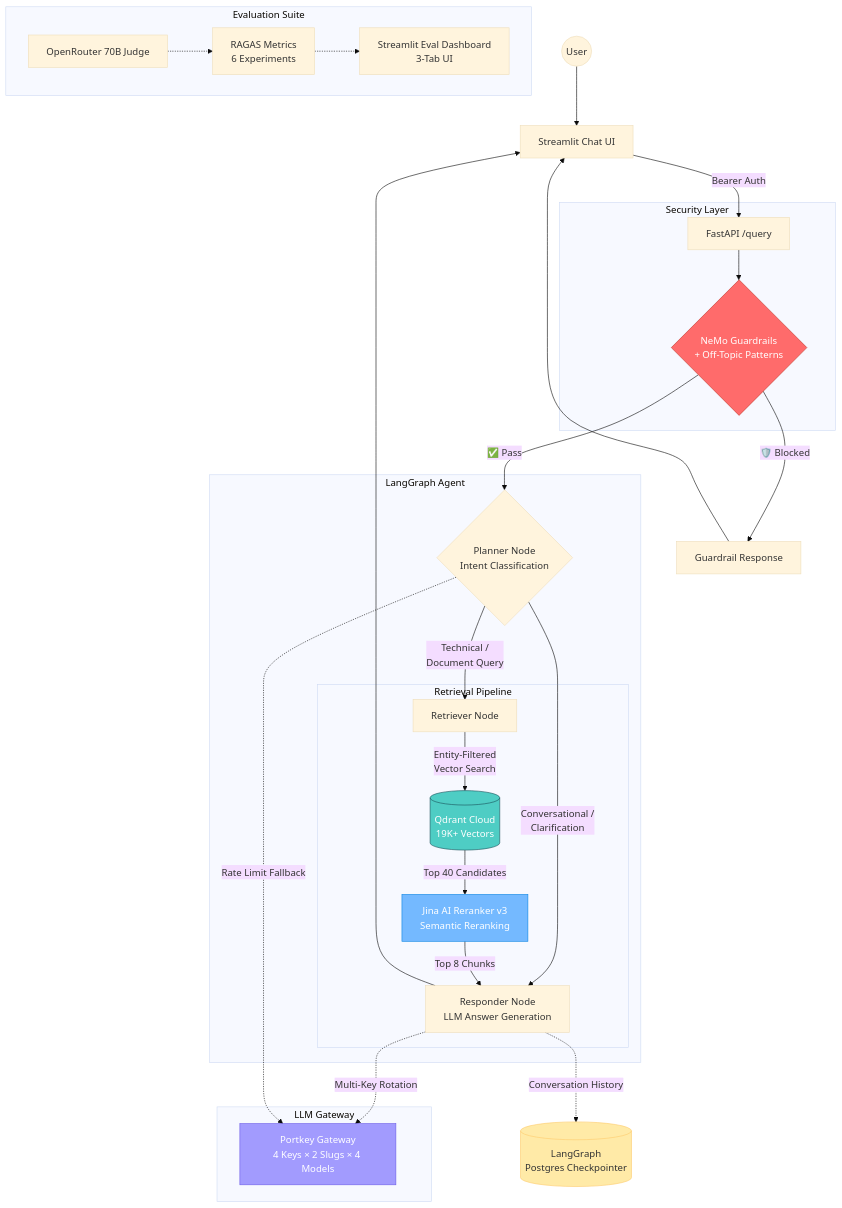
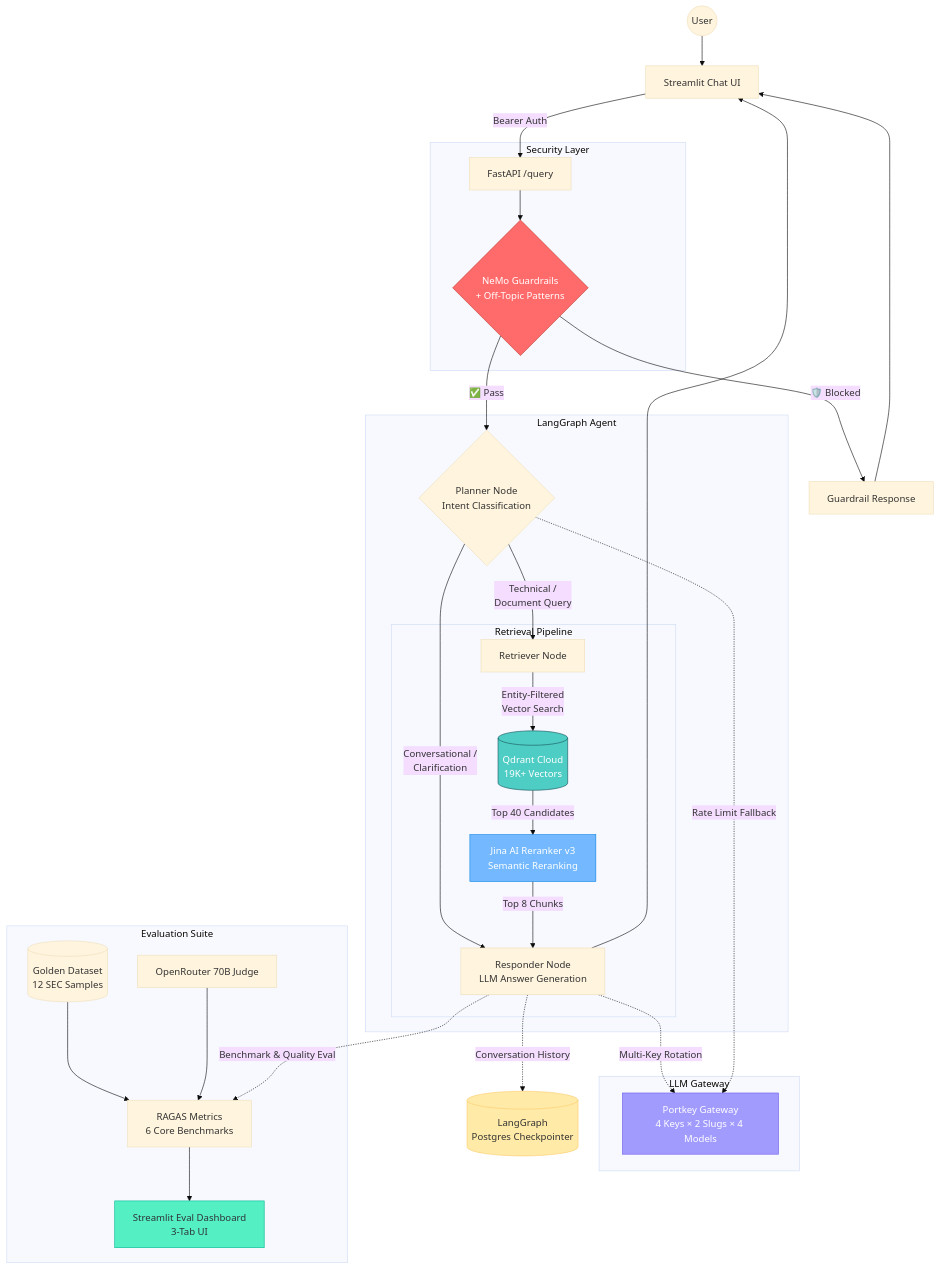
The diagram in README.md (AnupamPatil899/Legal-RAG), drawn with Mermaid (base theme) before and after one commit. The commit also changed other lines of this file, not shown here.

Commit message:
GCP secrets updated

````diff
--- a/README.md
+++ b/README.md
@@ -31,47 +31,51 @@
 ```mermaid
 graph TD
     User((User)) --> UI[Streamlit Chat UI]
     UI -->|Bearer Auth| API[FastAPI /query]
 
     subgraph Security Layer
         API --> Guard{NeMo Guardrails<br/>+ Off-Topic Patterns}
     end
 
     Guard -->|"🛡️ Blocked"| BlockResp[Guardrail Response]
     BlockResp --> UI
 
     Guard -->|"✅ Pass"| Planner
 
     subgraph LangGraph Agent
         Planner{Planner Node<br/>Intent Classification}
         Planner -->|"Conversational /<br/>Clarification"| Responder
         Planner -->|"Technical /<br/>Document Query"| Retriever
 
         subgraph Retrieval Pipeline
             Retriever[Retriever Node] -->|Entity-Filtered<br/>Vector Search| Qdrant[(Qdrant Cloud<br/>19K+ Vectors)]
             Qdrant -->|Top 40 Candidates| Reranker[Jina AI Reranker v3<br/>Semantic Reranking]
             Reranker -->|Top 8 Chunks| Responder
         end
 
         Responder[Responder Node<br/>LLM Answer Generation]
     end
 
     subgraph LLM Gateway
         Responder -.->|Multi-Key Rotation| Portkey[Portkey Gateway<br/>4 Keys × 2 Slugs × 4 Models]
         Planner -.->|Rate Limit Fallback| Portkey
     end
 
     Responder --> UI
     Responder -.->|Conversation History| Memory[(LangGraph<br/>Postgres Checkpointer)]
 
     subgraph Evaluation Suite
-        Judge[OpenRouter 70B Judge] -.-> Metrics[RAGAS Metrics<br/>6 Experiments]
-        Metrics -.-> Dashboard[Streamlit Eval Dashboard<br/>3-Tab UI]
+        Golden[(Golden Dataset<br/>12 SEC Samples)] --> Metrics
+        Judge[OpenRouter 70B Judge] --> Metrics[RAGAS Metrics<br/>6 Core Benchmarks]
+        Metrics --> Dashboard[Streamlit Eval Dashboard<br/>3-Tab UI]
     end
+
+    Responder -.->|Benchmark & Quality Eval| Metrics
 
     style Guard fill:#ff6b6b,stroke:#c0392b,color:#fff
     style Qdrant fill:#4ecdc4,stroke:#1a535c,color:#fff
     style Portkey fill:#a29bfe,stroke:#6c5ce7,color:#fff
     style Memory fill:#ffeaa7,stroke:#fdcb6e,color:#333
     style Reranker fill:#74b9ff,stroke:#0984e3,color:#fff
+    style Dashboard fill:#55efc4,stroke:#00b894,color:#2d3436
 ```
````
